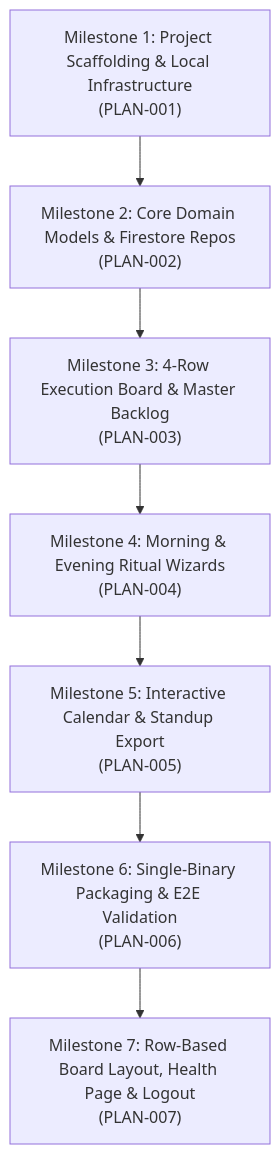
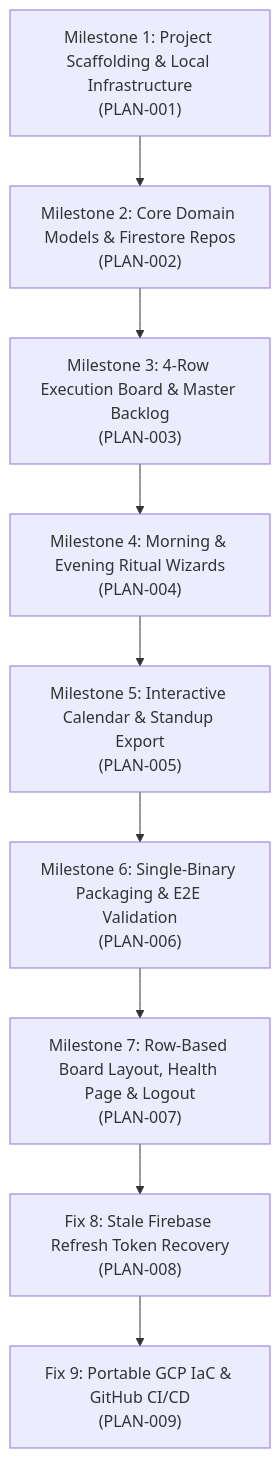
Before and after one commit to chadzink/daily-check-in: the diagram in plans/ROADMAP.md, drawn with Mermaid. The commit also changed other lines of this file and 10 other files, not shown here.

````diff
--- a/plans/ROADMAP.md
+++ b/plans/ROADMAP.md
@@ -10,17 +10,21 @@
 ```mermaid
 flowchart TD
     M1["Milestone 1: Project Scaffolding & Local Infrastructure<br>(PLAN-001)"]
     M2["Milestone 2: Core Domain Models & Firestore Repos<br>(PLAN-002)"]
     M3["Milestone 3: 4-Row Execution Board & Master Backlog<br>(PLAN-003)"]
     M4["Milestone 4: Morning & Evening Ritual Wizards<br>(PLAN-004)"]
     M5["Milestone 5: Interactive Calendar & Standup Export<br>(PLAN-005)"]
     M6["Milestone 6: Single-Binary Packaging & E2E Validation<br>(PLAN-006)"]
     M7["Milestone 7: Row-Based Board Layout, Health Page & Logout<br>(PLAN-007)"]
+    M8["Fix 8: Stale Firebase Refresh Token Recovery<br>(PLAN-008)"]
+    M9["Fix 9: Portable GCP IaC & GitHub CI/CD<br>(PLAN-009)"]
 
     M1 --> M2
     M2 --> M3
     M3 --> M4
     M4 --> M5
     M5 --> M6
     M6 --> M7
+    M7 --> M8
+    M8 --> M9
 ```
````
